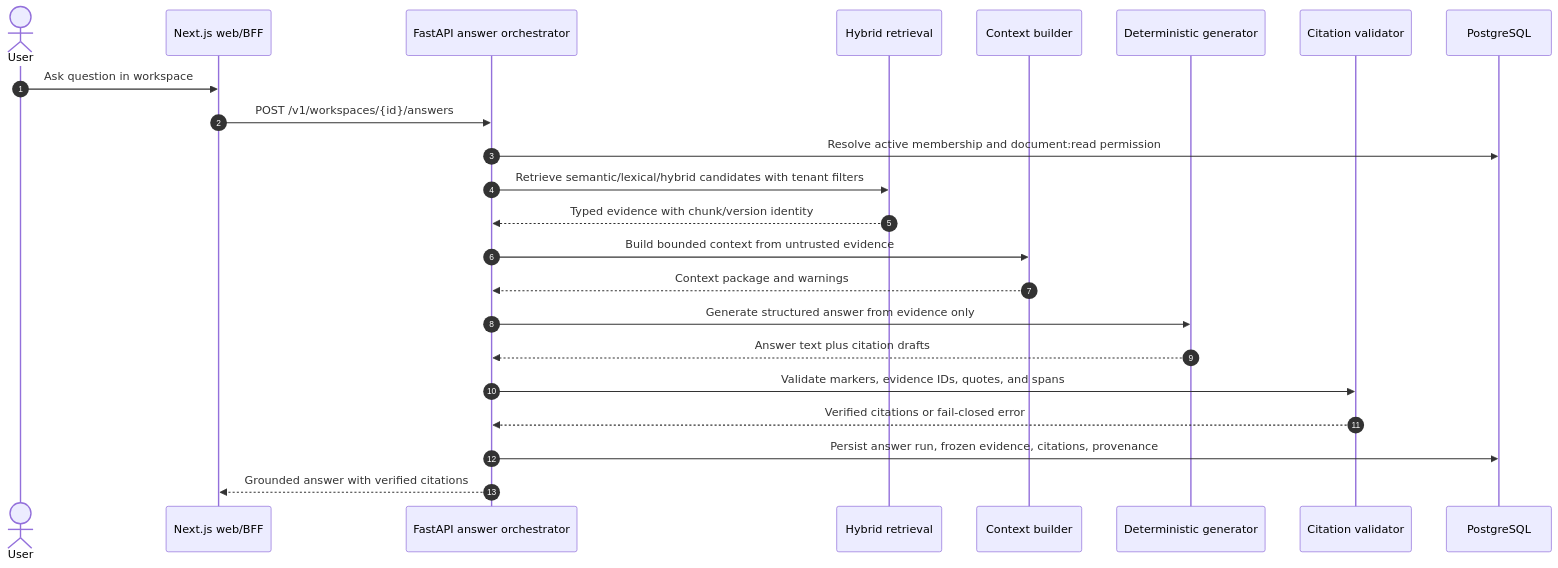
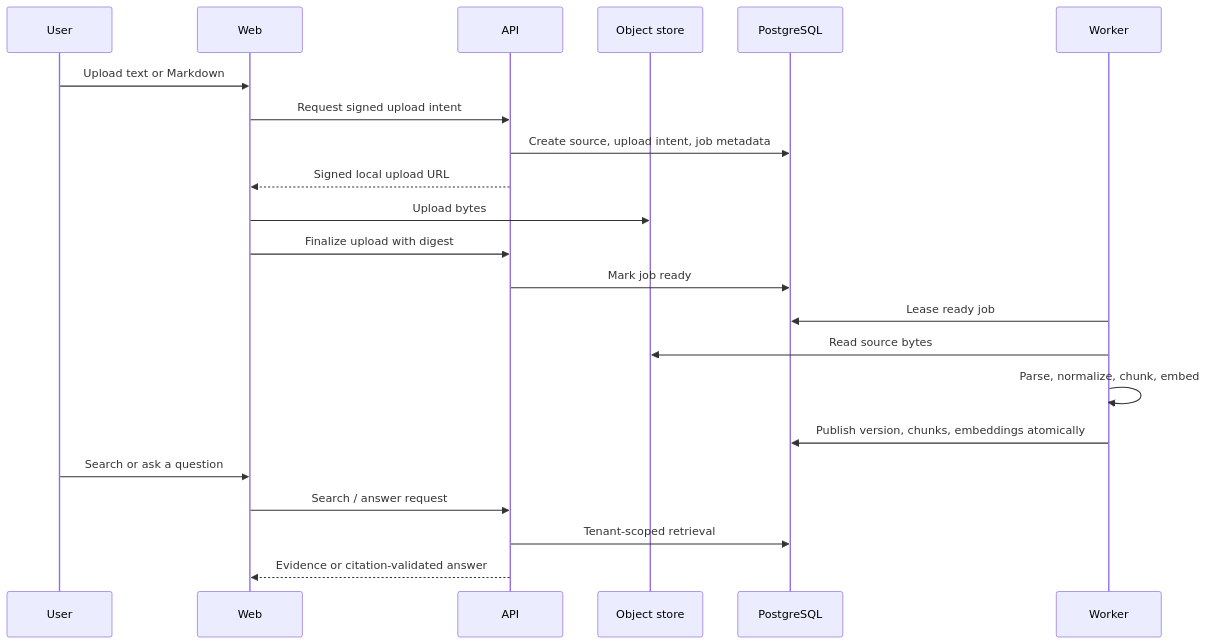
Before and after one commit to codevoks/atlas-ai: the third of 6 diagrams in docs/system-design-visuals.md, drawn with Mermaid. The commit also changed other lines of this file and 37 other files, not shown here.

````diff
--- a/docs/system-design-visuals.md
+++ b/docs/system-design-visuals.md
@@ -266,26 +46,25 @@
 ```mermaid
 sequenceDiagram
-    autonumber
-    actor U as User
-    participant W as Next.js web/BFF
-    participant A as FastAPI answer orchestrator
-    participant R as Hybrid retrieval
-    participant C as Context builder
-    participant G as Deterministic generator
-    participant V as Citation validator
-    participant D as PostgreSQL
+    participant User
+    participant Web
+    participant API
+    participant Store as Object store
+    participant DB as PostgreSQL
+    participant Worker
 
-    U->>W: Ask question in workspace
-    W->>A: POST /v1/workspaces/{id}/answers
-    A->>D: Resolve active membership and document:read permission
-    A->>R: Retrieve semantic/lexical/hybrid candidates with tenant filters
-    R-->>A: Typed evidence with chunk/version identity
-    A->>C: Build bounded context from untrusted evidence
-    C-->>A: Context package and warnings
-    A->>G: Generate structured answer from evidence only
-    G-->>A: Answer text plus citation drafts
-    A->>V: Validate markers, evidence IDs, quotes, and spans
-    V-->>A: Verified citations or fail-closed error
-    A->>D: Persist answer run, frozen evidence, citations, provenance
-    A-->>W: Grounded answer with verified citations
+    User->>Web: Upload text or Markdown
+    Web->>API: Request signed upload intent
+    API->>DB: Create source, upload intent, job metadata
+    API-->>Web: Signed local upload URL
+    Web->>Store: Upload bytes
+    Web->>API: Finalize upload with digest
+    API->>DB: Mark job ready
+    Worker->>DB: Lease ready job
+    Worker->>Store: Read source bytes
+    Worker->>Worker: Parse, normalize, chunk, embed
+    Worker->>DB: Publish version, chunks, embeddings atomically
+    User->>Web: Search or ask a question
+    Web->>API: Search / answer request
+    API->>DB: Tenant-scoped retrieval
+    API-->>Web: Evidence or citation-validated answer
 ```
````
